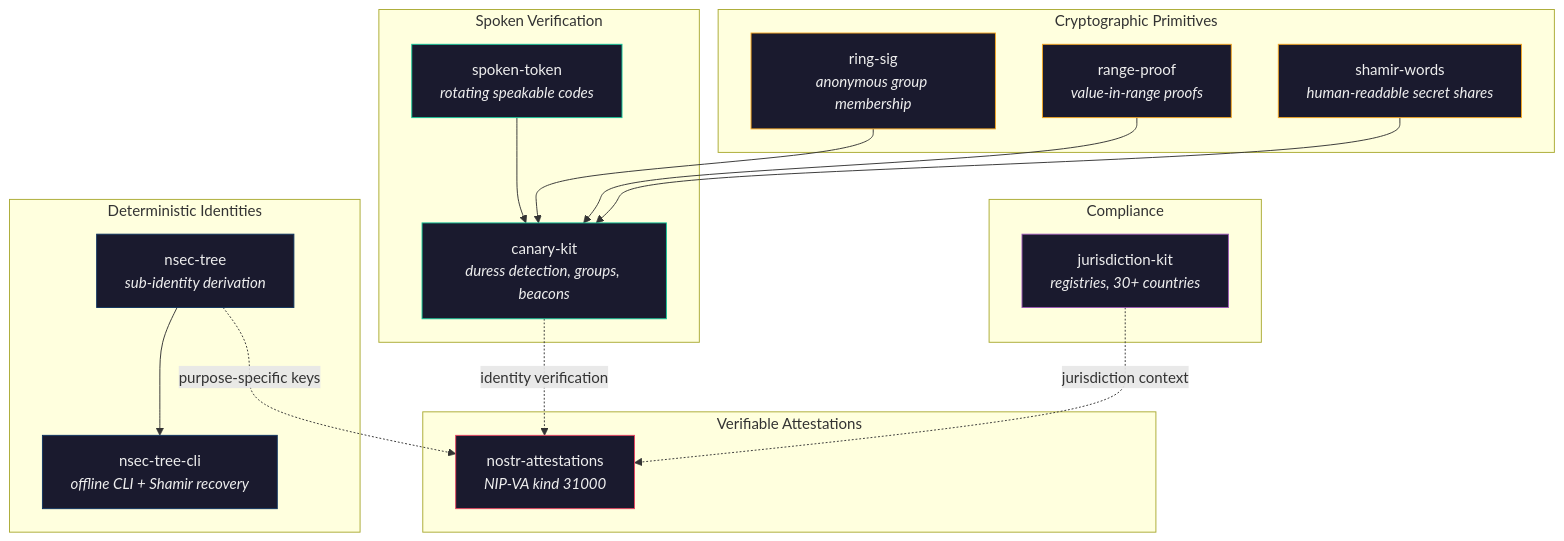
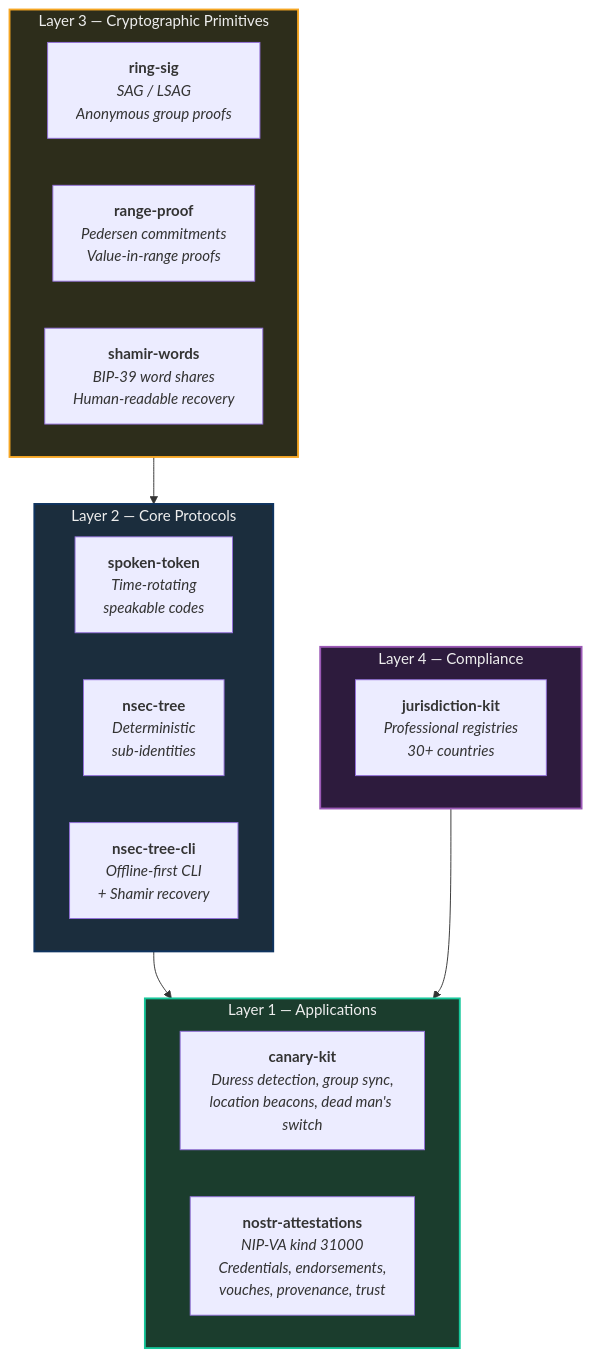
One commit to forgesworn/.github changed the diagram in docs/identity-stack.md. Above: the diagram before and after it, drawn with Mermaid. The commit also changed other lines of this file and 2 other files, not shown here.

Commit message:
docs: redesign diagrams with chunky C4-style layered approach

````diff
--- a/docs/identity-stack.md
+++ b/docs/identity-stack.md
@@ -5,52 +7,36 @@
 ```mermaid
 graph TB
-    subgraph primitives["Cryptographic Primitives"]
-        rs["ring-sig<br/><i>anonymous group membership</i>"]
-        rp["range-proof<br/><i>value-in-range proofs</i>"]
-        sw["shamir-words<br/><i>human-readable secret shares</i>"]
+    subgraph layer1["Layer 1 — Applications"]
+        direction LR
+        CK["<b>canary-kit</b><br/><i>Duress detection, group sync,<br/>location beacons, dead man's switch</i>"]
+        NA["<b>nostr-attestations</b><br/><i>NIP-VA kind 31000<br/>Credentials, endorsements,<br/>vouches, provenance, trust</i>"]
     end
 
-    subgraph spoken["Spoken Verification"]
-        st["spoken-token<br/><i>rotating speakable codes</i>"]
-        ck["canary-kit<br/><i>duress detection, groups, beacons</i>"]
+    subgraph layer2["Layer 2 — Core Protocols"]
+        direction LR
+        ST["<b>spoken-token</b><br/><i>Time-rotating<br/>speakable codes</i>"]
+        NT["<b>nsec-tree</b><br/><i>Deterministic<br/>sub-identities</i>"]
+        NTCLI["<b>nsec-tree-cli</b><br/><i>Offline-first CLI<br/>+ Shamir recovery</i>"]
     end
 
-    subgraph identities["Deterministic Identities"]
-        nt["nsec-tree<br/><i>sub-identity derivation</i>"]
-        ntcli["nsec-tree-cli<br/><i>offline CLI + Shamir recovery</i>"]
+    subgraph layer3["Layer 3 — Cryptographic Primitives"]
+        direction LR
+        RS["<b>ring-sig</b><br/><i>SAG / LSAG<br/>Anonymous group proofs</i>"]
+        RP["<b>range-proof</b><br/><i>Pedersen commitments<br/>Value-in-range proofs</i>"]
+        SW["<b>shamir-words</b><br/><i>BIP-39 word shares<br/>Human-readable recovery</i>"]
     end
 
-    subgraph attestations["Verifiable Attestations"]
-        na["nostr-attestations<br/><i>NIP-VA kind 31000</i>"]
+    subgraph layer4["Layer 4 — Compliance"]
+        direction LR
+        JK["<b>jurisdiction-kit</b><br/><i>Professional registries<br/>30+ countries</i>"]
     end
 
-    subgraph compliance["Compliance"]
-        jk["jurisdiction-kit<br/><i>registries, 30+ countries</i>"]
-    end
+    layer3 --> layer2
+    layer2 --> layer1
+    layer4 --> layer1
 
-    %% Core chain
-    st --> ck
-    nt --> ntcli
-
-    %% Crypto feeds into canary-kit
-    rs --> ck
-    rp --> ck
-    sw --> ck
-
-    %% Attestations
-    ck -.->|"identity verification"| na
-    jk -.->|"jurisdiction context"| na
-    nt -.->|"purpose-specific keys"| na
-
-    classDef primitiveStyle fill:#1a1a2e,stroke:#f5a623,color:#eee
-    classDef spokenStyle fill:#1a1a2e,stroke:#16c79a,color:#eee
-    classDef identityStyle fill:#1a1a2e,stroke:#0f3460,color:#eee
-    classDef attestStyle fill:#1a1a2e,stroke:#e94560,color:#eee
-    classDef complianceStyle fill:#1a1a2e,stroke:#9b59b6,color:#eee
-
-    class rs,rp,sw primitiveStyle
-    class st,ck spokenStyle
-    class nt,ntcli identityStyle
-    class na attestStyle
-    class jk complianceStyle
+    style layer1 fill:#1b3d2d,stroke:#16c79a,color:#eee,stroke-width:2px
+    style layer2 fill:#1b2d3d,stroke:#0f3460,color:#eee,stroke-width:2px
+    style layer3 fill:#2d2d1b,stroke:#f5a623,color:#eee,stroke-width:2px
+    style layer4 fill:#2d1b3d,stroke:#9b59b6,color:#eee,stroke-width:2px
 ```
````
